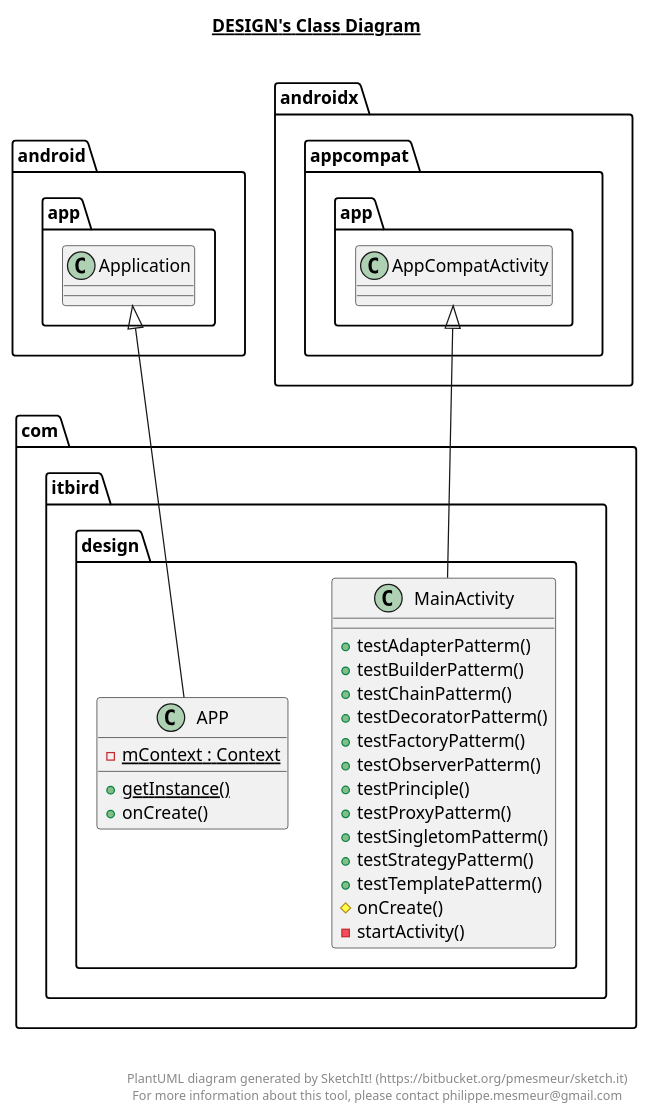
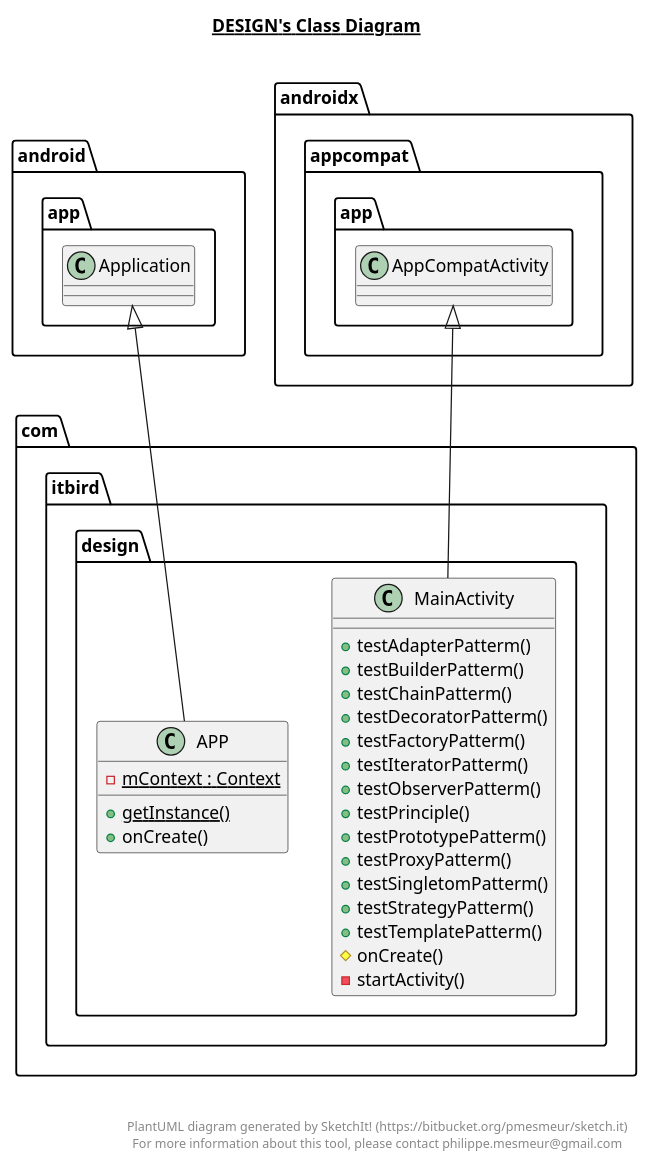
One commit to xfkang/DesignPatternPractice changed the diagram in app/src/main/java/com/itbird/design/design.plantuml. Above: the diagram before and after it, drawn with PlantUML. The commit also changed 44 other files, not shown here.

```diff
--- a/app/src/main/java/com/itbird/design/design.plantuml
+++ b/app/src/main/java/com/itbird/design/design.plantuml
@@ -1,44 +1,46 @@
 @startuml
 
 title __DESIGN's Class Diagram__\n
 
   namespace com.itbird.design {
     class com.itbird.design.APP {
         {static} - mContext : Context
         {static} + getInstance()
         + onCreate()
     }
   }
   
 
   namespace com.itbird.design {
     class com.itbird.design.MainActivity {
         + testAdapterPatterm()
         + testBuilderPatterm()
         + testChainPatterm()
         + testDecoratorPatterm()
         + testFactoryPatterm()
+        + testIteratorPatterm()
         + testObserverPatterm()
         + testPrinciple()
+        + testPrototypePatterm()
         + testProxyPatterm()
         + testSingletomPatterm()
         + testStrategyPatterm()
         + testTemplatePatterm()
         # onCreate()
         - startActivity()
     }
   }
   
 
   com.itbird.design.APP -up-|> android.app.Application
   com.itbird.design.MainActivity -up-|> androidx.appcompat.app.AppCompatActivity
 
 
 right footer
 
 
 PlantUML diagram generated by SketchIt! (https://bitbucket.org/pmesmeur/sketch.it)
 For more information about this tool, please contact philippe.mesmeur@gmail.com
 endfooter
 
 @enduml
```
